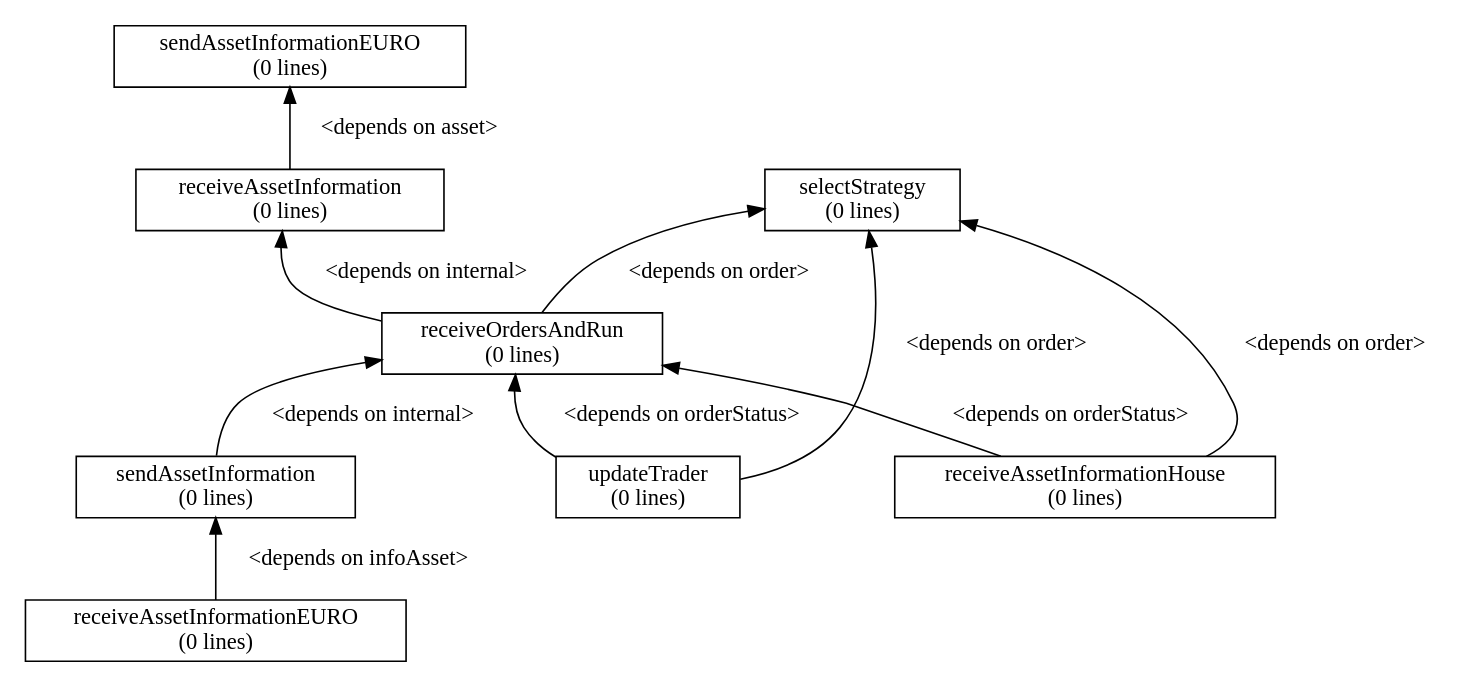
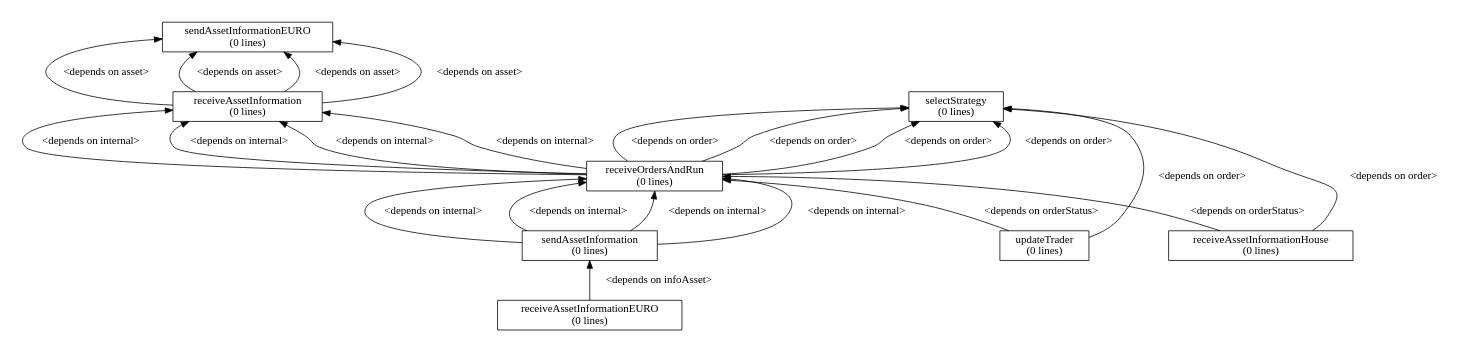
The diagram in models/AFM/afm_branches/UNICA-UG/Agents/dgraph.dot (ETACE/EURACE), drawn with Graphviz before and after one commit. The commit also changed 13 other files, not shown here.

```diff
--- a/models/AFM/afm_branches/UNICA-UG/Agents/dgraph.dot
+++ b/models/AFM/afm_branches/UNICA-UG/Agents/dgraph.dot
@@ -1,26 +1,41 @@
 digraph dependency_graph {
 	rankdir=BT;
-	size="8,5"
+	size="8,5;"
 	node [shape = rect];
 	
 	/* Functions */
+	sendAssetInformation[height = 0.000000, label = "sendAssetInformation\n(0 lines)"]
+	receiveOrdersAndRun[height = 0.000000, label = "receiveOrdersAndRun\n(0 lines)"]
+	receiveAssetInformation[height = 0.000000, label = "receiveAssetInformation\n(0 lines)"]
 	sendAssetInformation[height = 0.000000, label = "sendAssetInformation\n(0 lines)"]
 	receiveOrdersAndRun[height = 0.000000, label = "receiveOrdersAndRun\n(0 lines)"]
 	receiveAssetInformation[height = 0.000000, label = "receiveAssetInformation\n(0 lines)"]
 	receiveAssetInformationHouse[height = 0.000000, label = "receiveAssetInformationHouse\n(0 lines)"]
 	updateTrader[height = 0.000000, label = "updateTrader\n(0 lines)"]
 	selectStrategy[height = 0.000000, label = "selectStrategy\n(0 lines)"]
 	receiveAssetInformationEURO[height = 0.000000, label = "receiveAssetInformationEURO\n(0 lines)"]
 	sendAssetInformationEURO[height = 0.000000, label = "sendAssetInformationEURO\n(0 lines)"]
 	
 	/* Dependencies */
 	sendAssetInformation -> receiveOrdersAndRun [ label = "<depends on internal>" ];
+	sendAssetInformation -> receiveOrdersAndRun [ label = "<depends on internal>" ];
 	receiveOrdersAndRun -> receiveAssetInformation [ label = "<depends on internal>" ];
 	receiveOrdersAndRun -> selectStrategy [ label = "<depends on order>" ];
+	receiveOrdersAndRun -> receiveAssetInformation [ label = "<depends on internal>" ];
+	receiveOrdersAndRun -> selectStrategy [ label = "<depends on order>" ];
+	receiveAssetInformation -> sendAssetInformationEURO [ label = "<depends on asset>" ];
+	receiveAssetInformation -> sendAssetInformationEURO [ label = "<depends on asset>" ];
+	sendAssetInformation -> receiveOrdersAndRun [ label = "<depends on internal>" ];
+	sendAssetInformation -> receiveOrdersAndRun [ label = "<depends on internal>" ];
+	receiveOrdersAndRun -> receiveAssetInformation [ label = "<depends on internal>" ];
+	receiveOrdersAndRun -> selectStrategy [ label = "<depends on order>" ];
+	receiveOrdersAndRun -> receiveAssetInformation [ label = "<depends on internal>" ];
+	receiveOrdersAndRun -> selectStrategy [ label = "<depends on order>" ];
+	receiveAssetInformation -> sendAssetInformationEURO [ label = "<depends on asset>" ];
 	receiveAssetInformation -> sendAssetInformationEURO [ label = "<depends on asset>" ];
 	receiveAssetInformationHouse -> selectStrategy [ label = "<depends on order>" ];
 	receiveAssetInformationHouse -> receiveOrdersAndRun [ label = "<depends on orderStatus>" ];
 	updateTrader -> selectStrategy [ label = "<depends on order>" ];
 	updateTrader -> receiveOrdersAndRun [ label = "<depends on orderStatus>" ];
 	receiveAssetInformationEURO -> sendAssetInformation [ label = "<depends on infoAsset>" ];
 }
```
